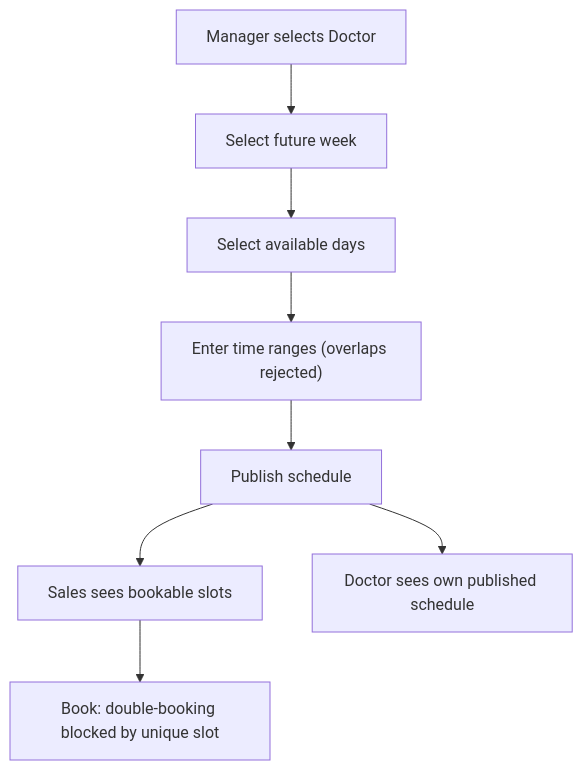
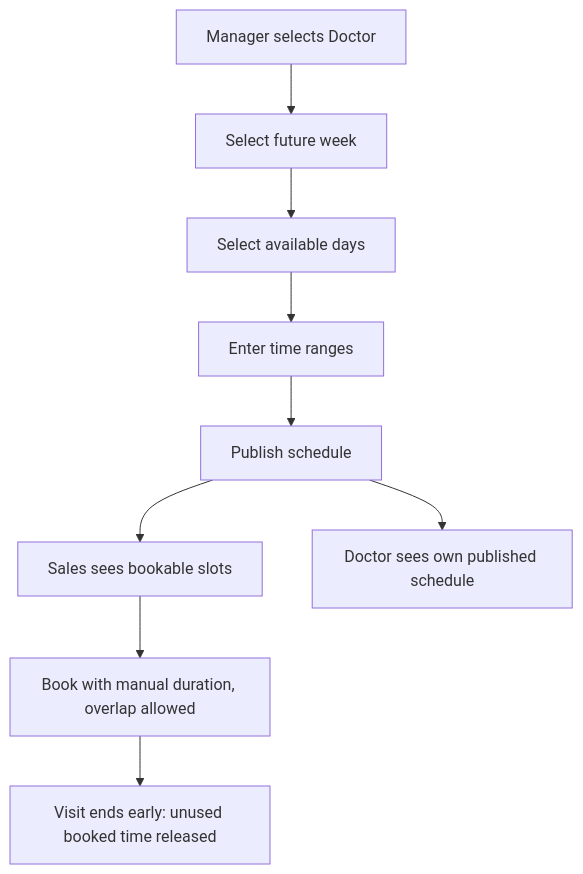
The ninth of 26 diagrams in docs/DIAGRAMS.md (mostafaabdullah11/Dental-clinical-system), drawn with Mermaid before and after one commit. The commit also changed other lines of this file and 51 other files, not shown here.

````diff
--- a/docs/DIAGRAMS.md
+++ b/docs/DIAGRAMS.md
@@ -302,10 +334,11 @@
 ```mermaid
 flowchart TD
     M["Manager selects Doctor"] --> W["Select future week"]
     W --> D["Select available days"]
-    D --> R["Enter time ranges (overlaps rejected)"]
+    D --> R["Enter time ranges"]
     R --> PUB["Publish schedule"]
     PUB --> SV["Sales sees bookable slots"]
     PUB --> DV["Doctor sees own published schedule"]
-    SV --> BK["Book: double-booking blocked by unique slot"]
+    SV --> BK["Book with manual duration, overlap allowed"]
+    BK --> VE["Visit ends early: unused booked time released"]
 ```
````
